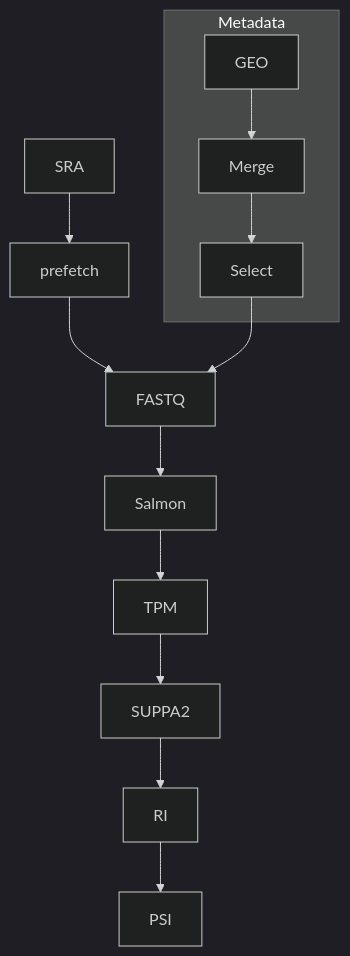
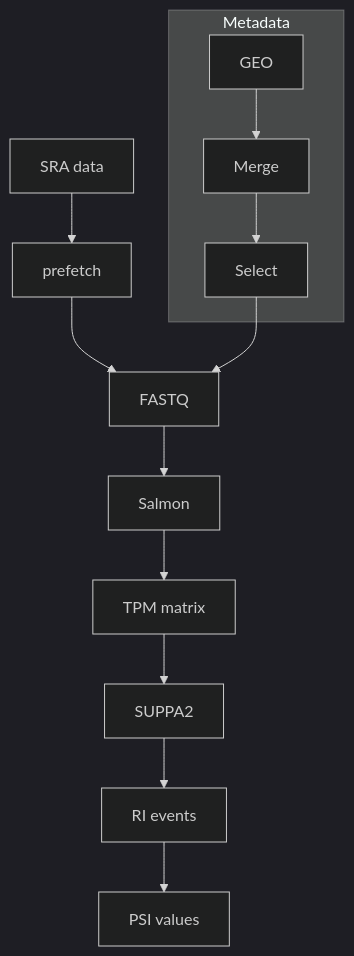
The diagram in README.md (KiarashBabaei/Transcriptome-AutoPipeline), drawn with Mermaid (dark theme) before and after one commit.

Commit message:
Update flowchart labels in README.md

````diff
--- a/README.md
+++ b/README.md
@@ -37,17 +37,16 @@
 ```mermaid
 flowchart TD
-    A[SRA] --> B[prefetch]
+    A[SRA data] --> B[prefetch]
     B --> C[FASTQ]
     C --> D[Salmon]
-    D --> E[TPM]
+    D --> E[TPM matrix]
     E --> F[SUPPA2]
-    F --> G[RI]
-    G --> H[PSI]
+    F --> G[RI events]
+    G --> H[PSI values]
 
     subgraph Metadata
         M1[GEO] --> M2[Merge] --> M3[Select]
     end
 
     M3 --> C
-
 ```
````
